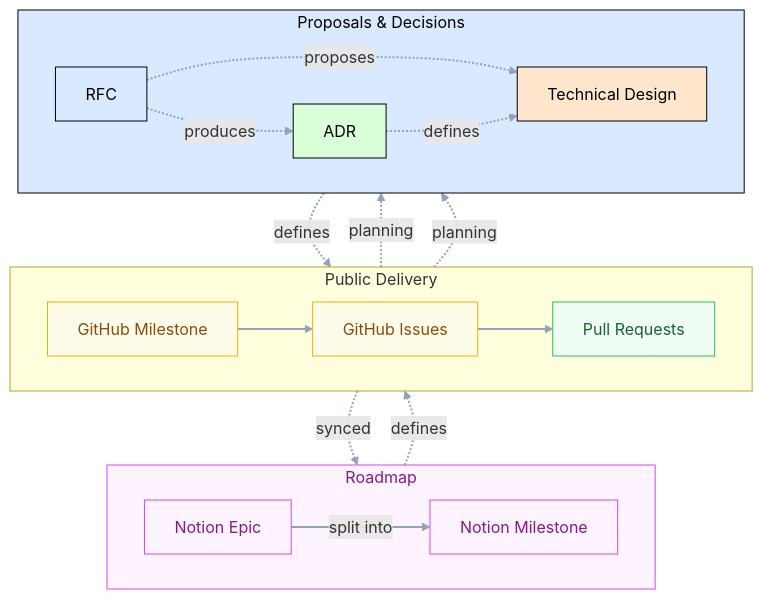
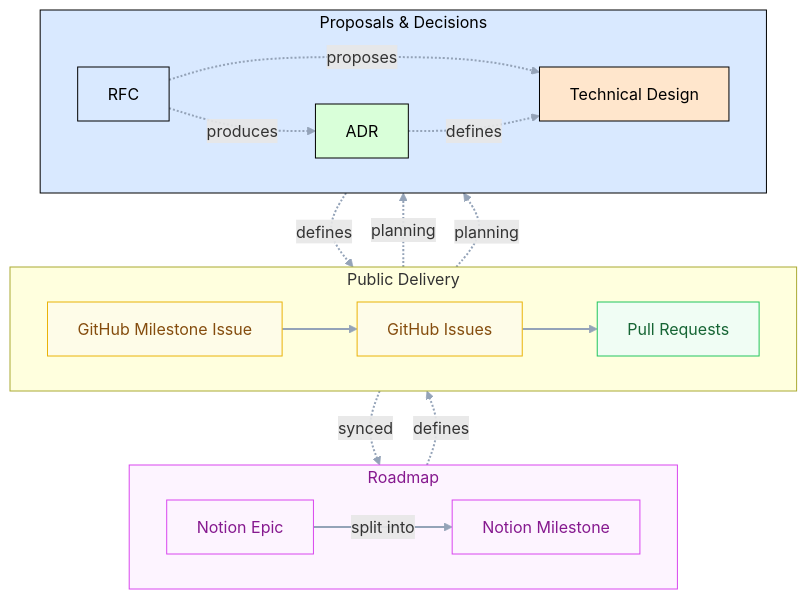
One commit to thunderbird/thunderbird-android changed the first of 2 diagrams in docs/engineering/README.md. Above: the diagram before and after it, drawn with Mermaid. The commit also changed other lines of this file and 7 other files, not shown here.

````diff
--- a/docs/engineering/README.md
+++ b/docs/engineering/README.md
@@ -11,44 +23,44 @@
 ```mermaid
 flowchart TD
     subgraph Roadmap[Roadmap]
         direction LR
         Epic[Notion Epic] -- split into --> MilestoneNotion[Notion Milestone]
     end
 
     subgraph Public[Public Delivery]
         direction LR
-        MilestoneGH[GitHub Milestone] --> Issues[GitHub Issues]
+        MilestoneGH[GitHub Milestone Issue] --> Issues[GitHub Issues]
         Issues --> PR[Pull Requests]
     end
     
     subgraph Planning[Proposals & Decisions]
         direction LR
         RFC[RFC] -. proposes .-> TechDesign[Technical Design]
         RFC -. produces .-> ADR[ADR]
         ADR -. defines .-> TechDesign
     end
 
 
     Epic -. defines .-> MilestoneGH
     MilestoneGH -. synced .-> MilestoneNotion
     Planning -. defines .-> MilestoneGH
     MilestoneGH -. planning .-> Planning
     Issues -. planning .-> Planning
     
     classDef proposal fill:#d9e9ff,stroke:#000000,color:#000000
     classDef adr fill:#d9ffd9,stroke:#000000,color:#000000
     classDef design fill:#ffe6cc,stroke:#000000,color:#000000
     classDef issue fill:#fefce8,stroke:#eab308,color:#854d0e
     classDef notion fill:#fdf4ff,stroke:#d946ef,color:#86198f
     classDef pr fill:#f0fdf4,stroke:#22c55e,color:#166534
 
     linkStyle default stroke:#94a3b8,stroke-width:2px
 
     class RFC proposal
     class ADR adr
     class TechDesign design
     class MilestoneGH,Issues issue
     class Epic,MilestoneNotion,Roadmap notion
     class PR pr
     class Planning proposal
 ```
````
